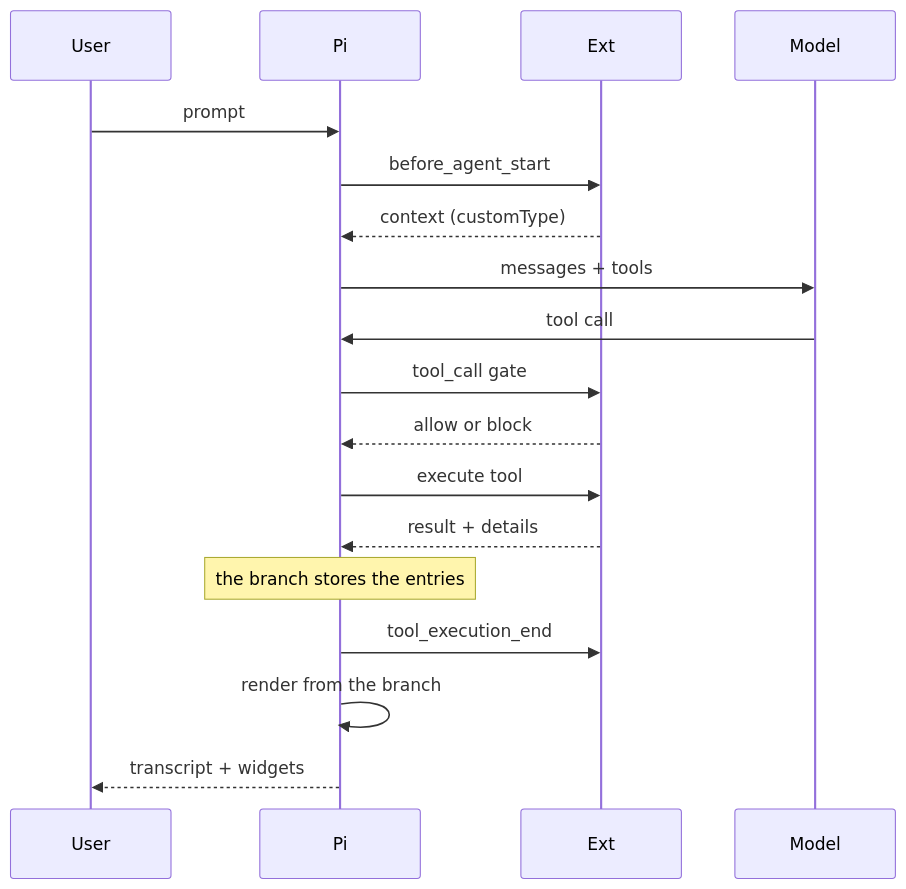
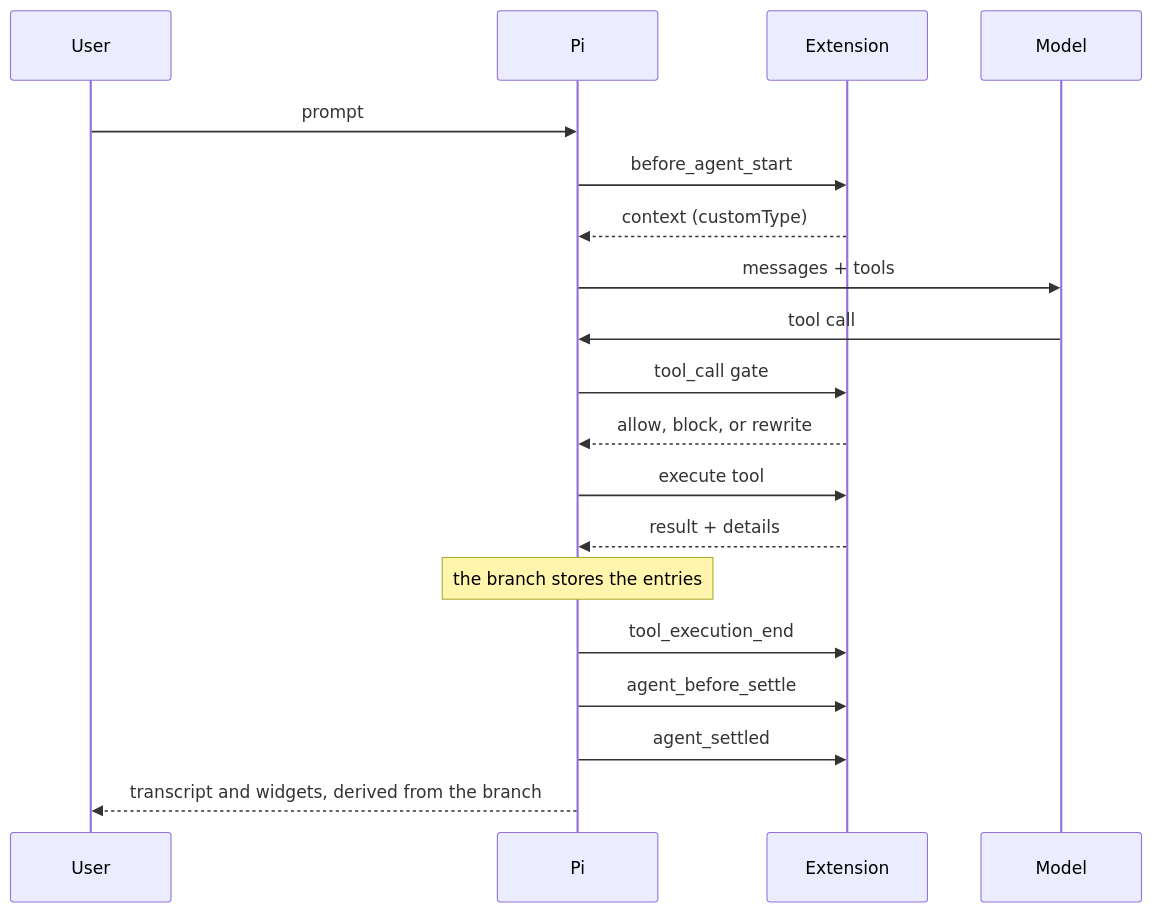
One commit to gavin-hu/my-pi-agent changed the second of 4 diagrams in docs/architecture.md. Above: the diagram before and after it, drawn with Mermaid. The commit also changed other lines of this file and 11 other files, not shown here.

````diff
--- a/docs/architecture.md
+++ b/docs/architecture.md
@@ -161,20 +144,21 @@
 ```mermaid
 sequenceDiagram
   participant U as User
   participant P as Pi
-  participant X as Ext
+  participant X as Extension
   participant M as Model
   U->>P: prompt
   P->>X: before_agent_start
   X-->>P: context (customType)
   P->>M: messages + tools
   M->>P: tool call
   P->>X: tool_call gate
-  X-->>P: allow or block
+  X-->>P: allow, block, or rewrite
   P->>X: execute tool
   X-->>P: result + details
   Note over P: the branch stores the entries
   P->>X: tool_execution_end
-  P->>P: render from the branch
-  P-->>U: transcript + widgets
+  P->>X: agent_before_settle
+  P->>X: agent_settled
+  P-->>U: transcript and widgets, derived from the branch
 ```
````
